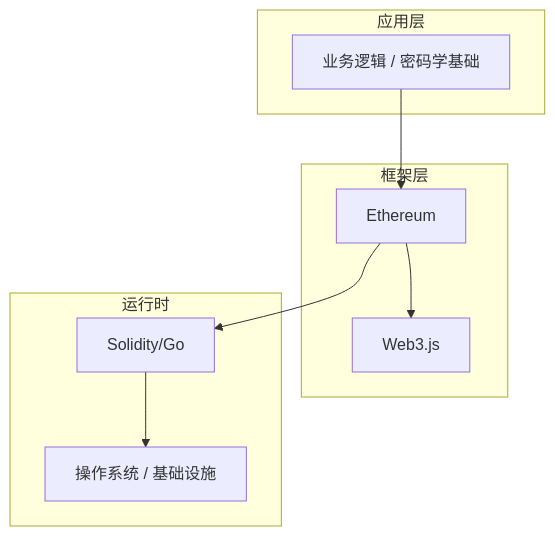
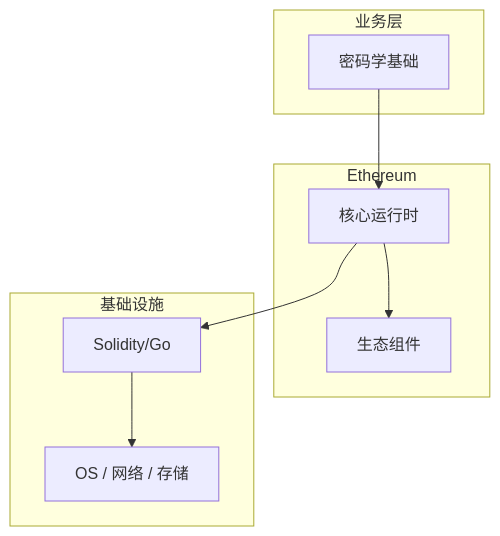
One commit to yanggan2015/knowledge-json-v2 changed the diagram in articles/区块链/chapters/006-密码学基础核心概念与原理.md. Above: the diagram before and after it, drawn with Mermaid. The commit also changed other lines of this file and 10127 other files, not shown here.

````diff
--- a/articles/区块链/chapters/006-密码学基础核心概念与原理.md
+++ b/articles/区块链/chapters/006-密码学基础核心概念与原理.md
@@ -45,18 +30,18 @@
 ```mermaid
 graph TB
-    subgraph 应用层
-        A[业务逻辑 / 密码学基础]
+    subgraph 业务层
+        A[密码学基础]
     end
-    subgraph 框架层
-        B[Ethereum]
-        C[Web3.js]
+    subgraph Ethereum
+        B[核心运行时]
+        C[生态组件]
     end
-    subgraph 运行时
+    subgraph 基础设施
         D[Solidity/Go]
-        E[操作系统 / 基础设施]
+        E[OS / 网络 / 存储]
     end
     A --> B
     B --> C
     B --> D
     D --> E
 ```
````
